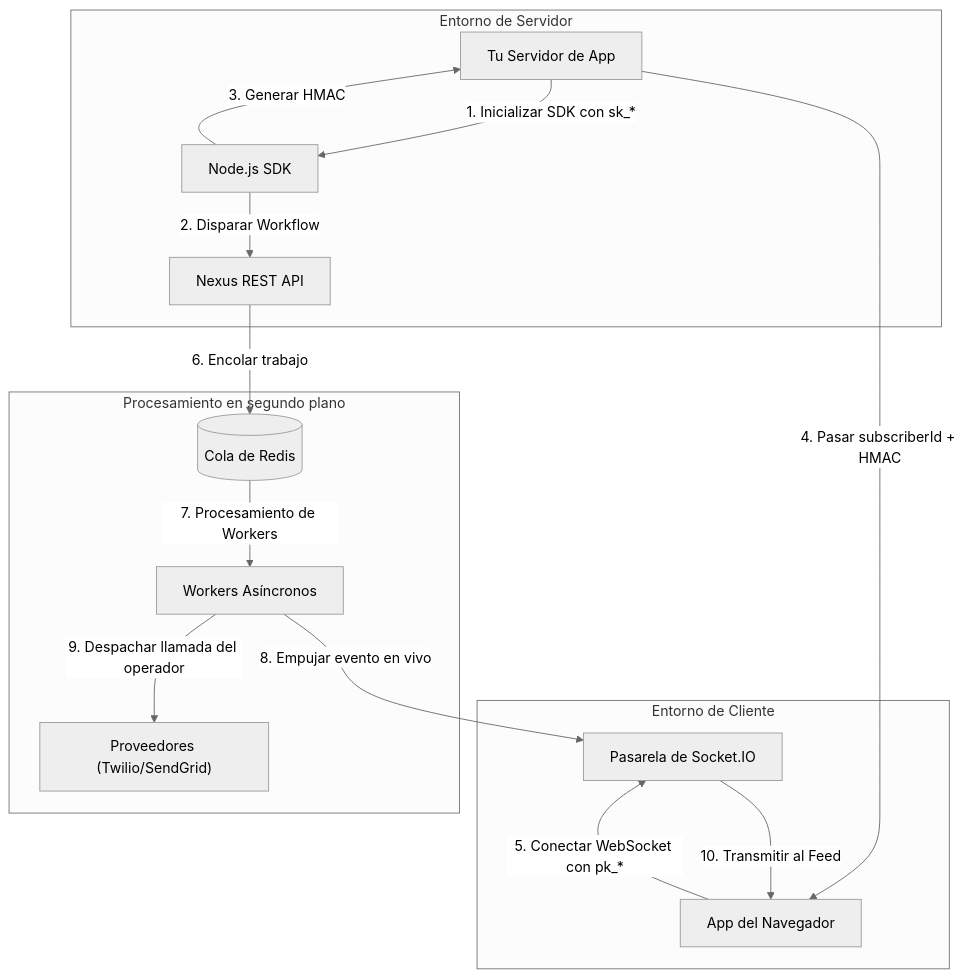
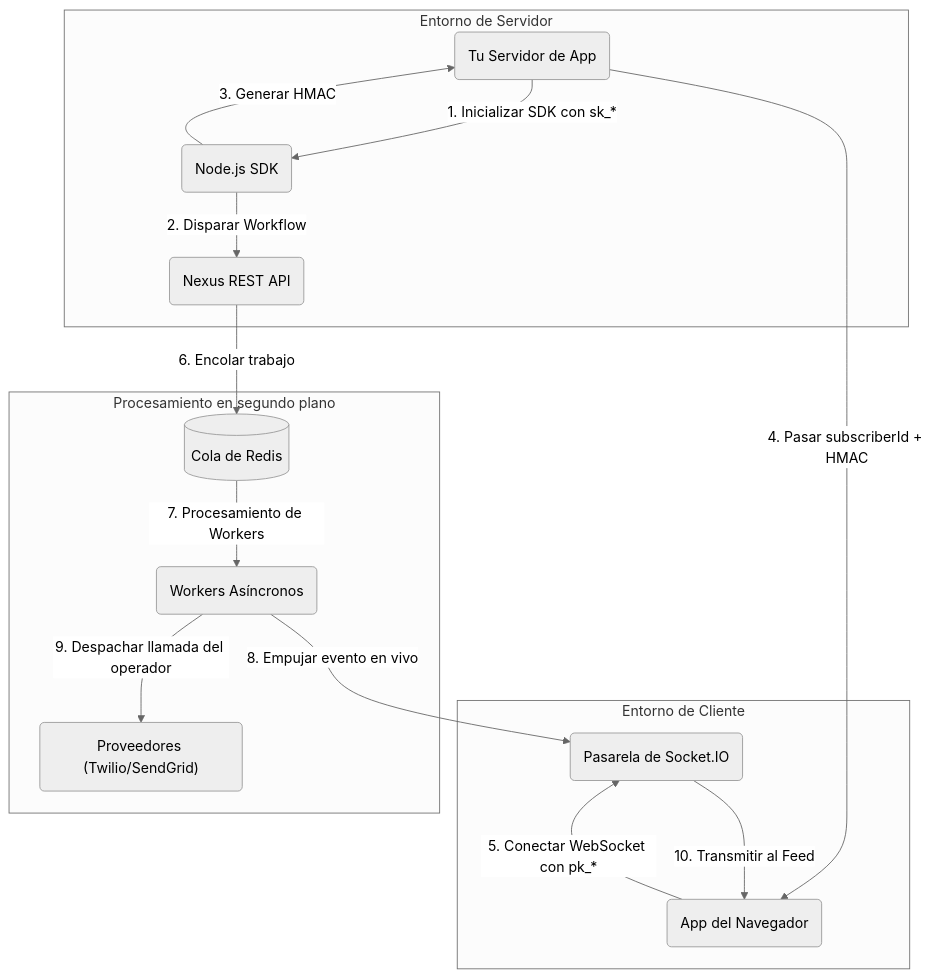
Before and after one commit to KriyanshKhunt/nexus_docs: the diagram in content/docs/es/sdk/index.mdx, drawn with Mermaid (neutral theme). The commit also changed 20 other files, not shown here.

Commit message:
Handle es Mermaid charts

````diff
--- a/content/docs/es/sdk/index.mdx
+++ b/content/docs/es/sdk/index.mdx
@@ -74,22 +74,22 @@
 ```mermaid
 flowchart TD
   subgraph Server Environment [Entorno de Servidor]
-    App[Tu Servidor de App] -->|1. Inicializar SDK con sk_*| SDK[Node.js SDK]
-    SDK -->|2. Disparar Workflow| API[Nexus REST API]
+    App(Tu Servidor de App) -->|1. Inicializar SDK con sk_*| SDK(Node.js SDK)
+    SDK -->|2. Disparar Workflow| API(Nexus REST API)
     SDK -->|3. Generar HMAC| App
   end
 
   subgraph Client Environment [Entorno de Cliente]
-    App -->|4. Pasar subscriberId + HMAC| FE[App del Navegador]
-    FE -->|5. Conectar WebSocket con pk_*| WebHost[Pasarela de Socket.IO]
+    App -->|4. Pasar subscriberId + HMAC| FE(App del Navegador)
+    FE -->|5. Conectar WebSocket con pk_*| WebHost(Pasarela de Socket.IO)
   end
 
   subgraph Background Processing [Procesamiento en segundo plano]
     API -->|6. Encolar trabajo| Q[(Cola de Redis)]
-    Q -->|7. Procesamiento de Workers| Workers[Workers Asíncronos]
+    Q -->|7. Procesamiento de Workers| Workers(Workers Asíncronos)
     Workers -->|8. Empujar evento en vivo| WebHost
-    Workers -->|9. Despachar llamada del operador| Carriers["Proveedores (Twilio/SendGrid)"]
+    Workers -->|9. Despachar llamada del operador| Carriers("Proveedores (Twilio/SendGrid)")
   end
 
   WebHost -->|10. Transmitir al Feed| FE
 ```
````
